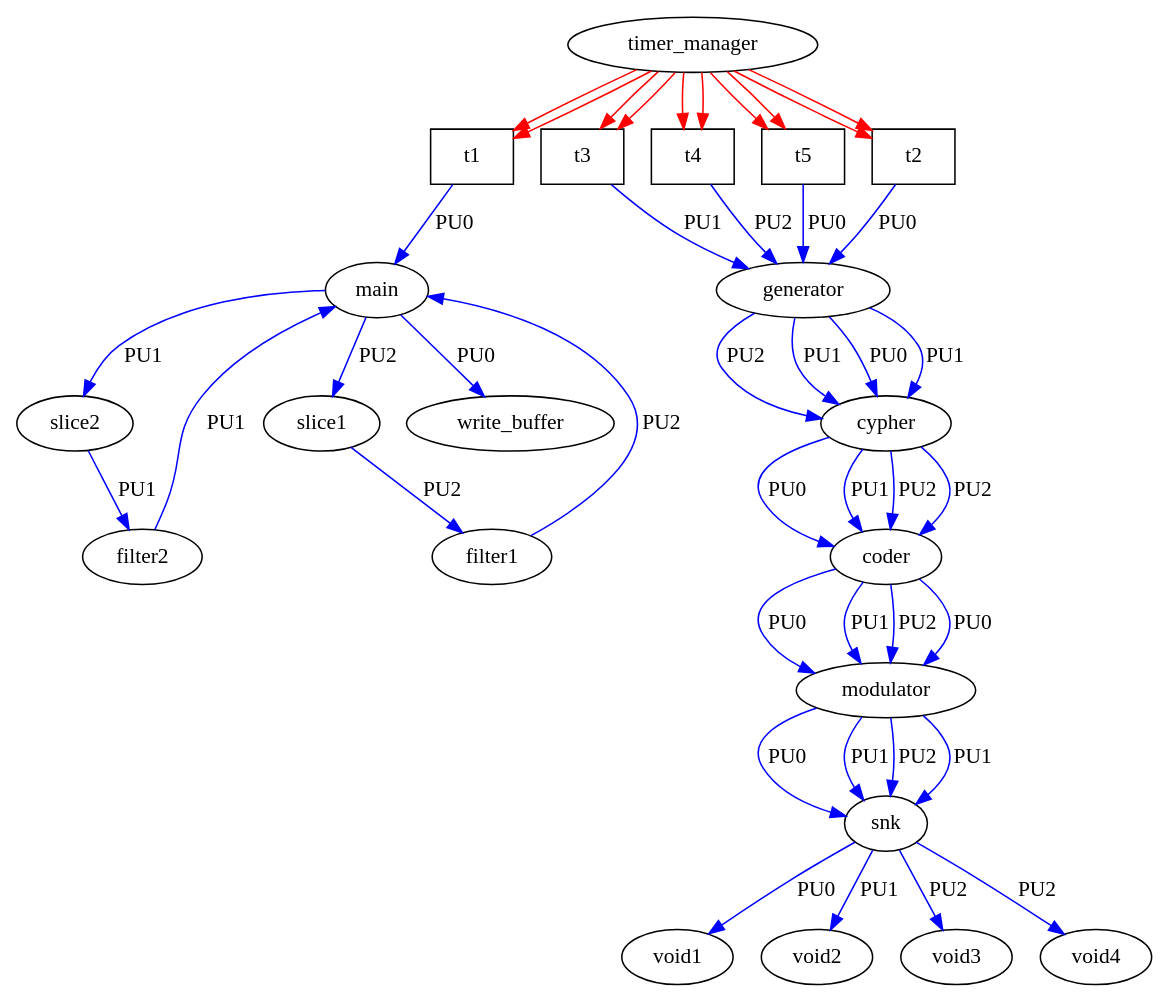
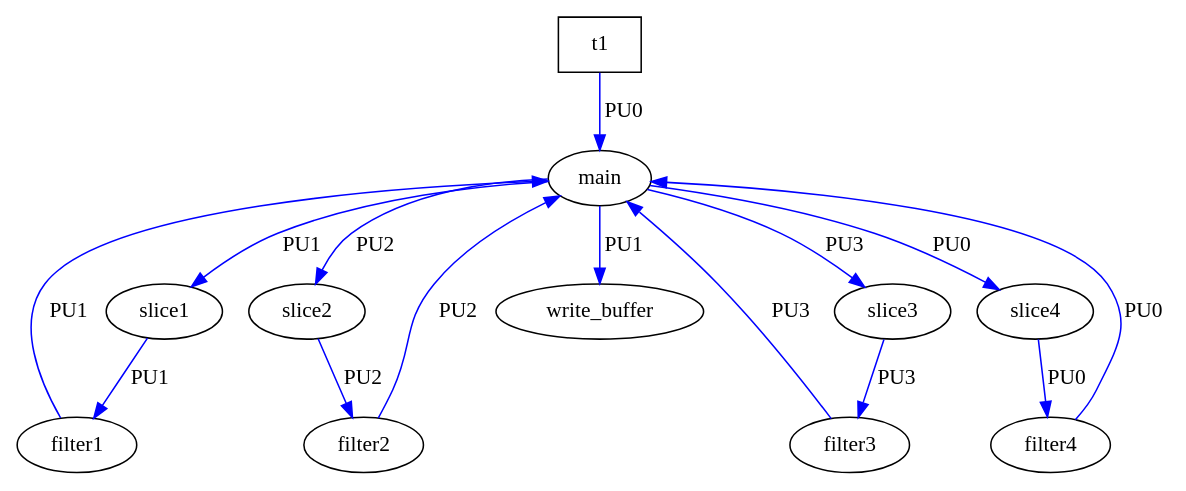
Before and after one commit to samujoaz/ArchiDSE: the diagram in graph.dot, drawn with Graphviz. The commit also changed 15 other files, not shown here.

```diff
--- a/graph.dot
+++ b/graph.dot
@@ -1,66 +1,28 @@
 digraph my_graph {
   overlap = scale;
    main[label="main"];
    slice1[label="slice1"];
    slice2[label="slice2"];
+   slice3[label="slice3"];
+   slice4[label="slice4"];
    filter1[label="filter1"];
    filter2[label="filter2"];
+   filter3[label="filter3"];
+   filter4[label="filter4"];
    write_buffer[label="write_buffer"];
-   generator[label="generator"];
-   cypher[label="cypher"];
-   coder[label="coder"];
-   modulator[label="modulator"];
-   void1[label="void1"];
-   void2[label="void2"];
-   void3[label="void3"];
-   void4[label="void4"];
-   snk[label="snk"];
-   timer_manager[label="timer_manager"];
    t1[label="t1",shape=box ];
-   t2[label="t2",shape=box ];
-   t3[label="t3",shape=box ];
-   t4[label="t4",shape=box ];
-   t5[label="t5",shape=box ];
-   timer_manager -> t1[label="", color=red];
-   timer_manager -> t2[label="", color=red];
-   timer_manager -> t3[label="", color=red];
-   timer_manager -> t4[label="", color=red];
-   timer_manager -> t5[label="", color=red];
-   timer_manager -> t1[label="", color=red];
-   timer_manager -> t2[label="", color=red];
-   timer_manager -> t3[label="", color=red];
-   timer_manager -> t4[label="", color=red];
-   timer_manager -> t5[label="", color=red];
    t1 -> main[label="PU0", color=blue];
-   main -> slice1[label="PU2", color=blue];
-   main -> slice2[label="PU1", color=blue];
-   slice1 -> filter1[label="PU2", color=blue];
-   slice2 -> filter2[label="PU1", color=blue];
-   filter1 -> main[label="PU2", color=blue];
-   filter2 -> main[label="PU1", color=blue];
-   main -> write_buffer[label="PU0", color=blue];
-   t2 -> generator[label="PU0", color=blue];
-   t3 -> generator[label="PU1", color=blue];
-   t4 -> generator[label="PU2", color=blue];
-   t5 -> generator[label="PU0", color=blue];
-   generator -> cypher[label="PU0", color=blue];
-   generator -> cypher[label="PU1", color=blue];
-   generator -> cypher[label="PU2", color=blue];
-   generator -> cypher[label="PU1", color=blue];
-   cypher -> coder[label="PU0", color=blue];
-   cypher -> coder[label="PU1", color=blue];
-   cypher -> coder[label="PU2", color=blue];
-   cypher -> coder[label="PU2", color=blue];
-   coder -> modulator[label="PU0", color=blue];
-   coder -> modulator[label="PU1", color=blue];
-   coder -> modulator[label="PU2", color=blue];
-   coder -> modulator[label="PU0", color=blue];
-   modulator -> snk[label="PU0", color=blue];
-   modulator -> snk[label="PU1", color=blue];
-   modulator -> snk[label="PU2", color=blue];
-   modulator -> snk[label="PU1", color=blue];
-   snk -> void1[label="PU0", color=blue];
-   snk -> void2[label="PU1", color=blue];
-   snk -> void3[label="PU2", color=blue];
-   snk -> void4[label="PU2", color=blue];
+   main -> slice1[label="PU1", color=blue];
+   main -> slice2[label="PU2", color=blue];
+   main -> slice3[label="PU3", color=blue];
+   main -> slice4[label="PU0", color=blue];
+   slice1 -> filter1[label="PU1", color=blue];
+   slice2 -> filter2[label="PU2", color=blue];
+   slice3 -> filter3[label="PU3", color=blue];
+   slice4 -> filter4[label="PU0", color=blue];
+   filter1 -> main[label="PU1", color=blue];
+   filter2 -> main[label="PU2", color=blue];
+   filter3 -> main[label="PU3", color=blue];
+   filter4 -> main[label="PU0", color=blue];
+   main -> write_buffer[label="PU1", color=blue];
 }
```
